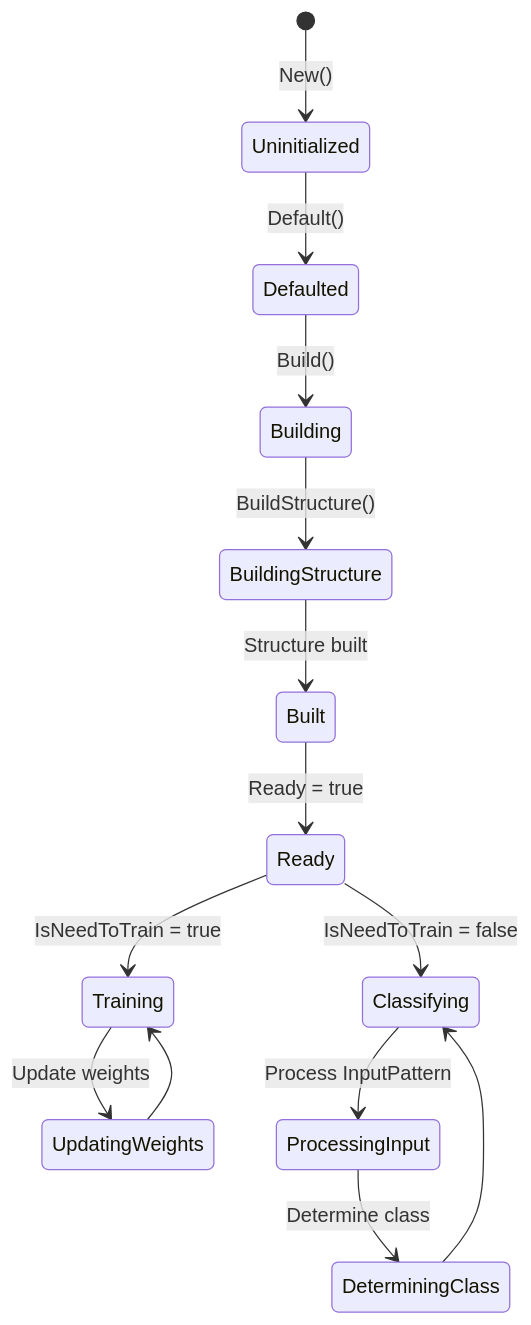
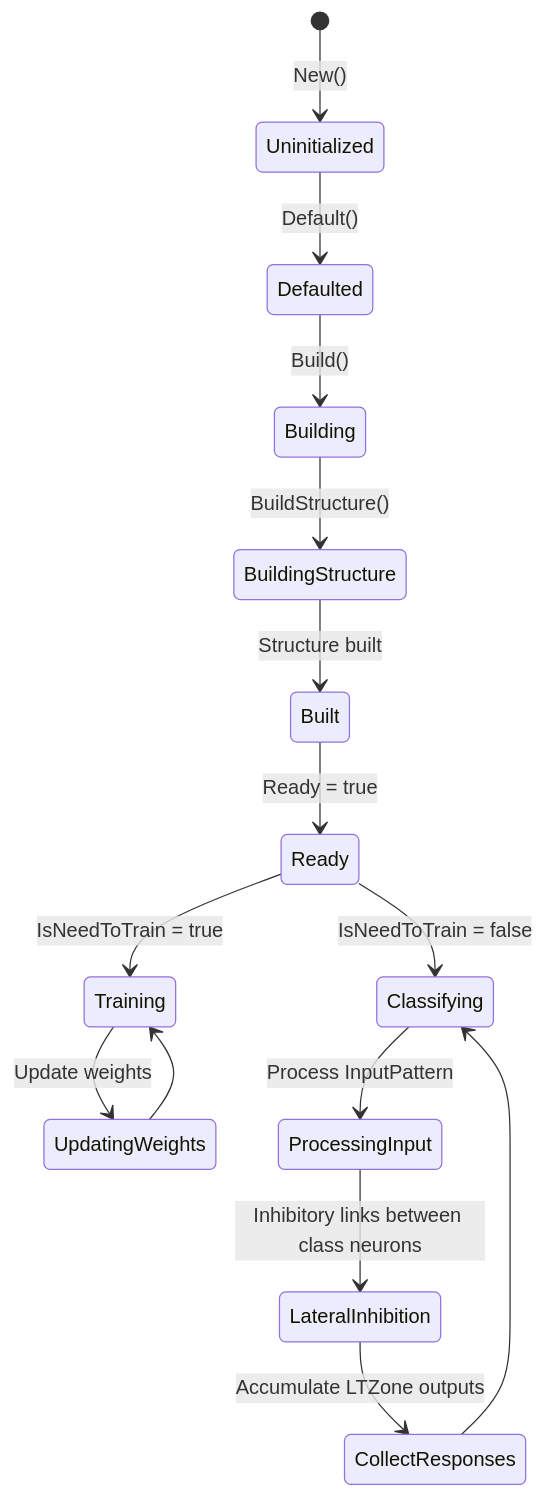
The eighth of 10 diagrams in Docs/Components/NSpikeClassifier.md (aicommunity/Nmsdk-PulseLib), drawn with Mermaid before and after one commit. The commit also changed other lines of this file and 1 other file, not shown here.

````diff
--- a/Docs/Components/NSpikeClassifier.md
+++ b/Docs/Components/NSpikeClassifier.md
@@ -550,16 +566,17 @@
 ```mermaid
 stateDiagram-v2
     [*] --> Uninitialized: New()
     Uninitialized --> Defaulted: Default()
     Defaulted --> Building: Build()
     Building --> BuildingStructure: BuildStructure()
     BuildingStructure --> Built: Structure built
     Built --> Ready: Ready = true
     Ready --> Training: IsNeedToTrain = true
     Ready --> Classifying: IsNeedToTrain = false
     Training --> UpdatingWeights: Update weights
     UpdatingWeights --> Training
     Classifying --> ProcessingInput: Process InputPattern
-    ProcessingInput --> DeterminingClass: Determine class
-    DeterminingClass --> Classifying
+    ProcessingInput --> LateralInhibition: Inhibitory links between class neurons
+    LateralInhibition --> CollectResponses: Accumulate LTZone outputs
+    CollectResponses --> Classifying
 ```
````
